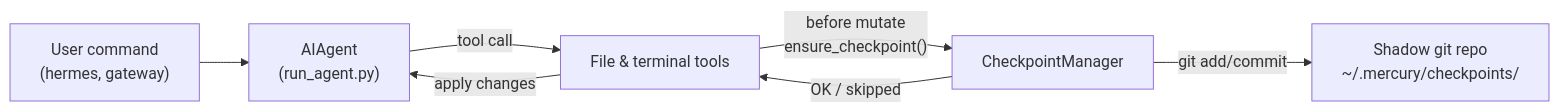
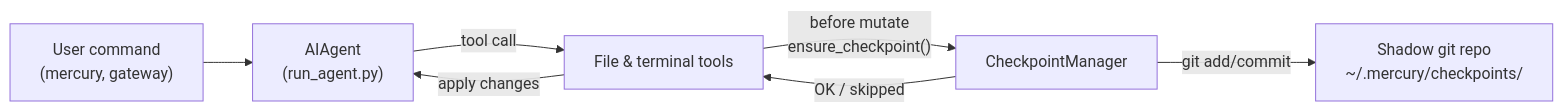
The diagram in website/docs/user-guide/checkpoints-and-rollback.md (AlexiosBluffMara/mercury), drawn with Mermaid before and after one commit. The commit also changed other lines of this file and 1562 other files, not shown here.

````diff
--- a/website/docs/user-guide/checkpoints-and-rollback.md
+++ b/website/docs/user-guide/checkpoints-and-rollback.md
@@ -43,15 +43,15 @@
 ```mermaid
 flowchart LR
-  user["User command\n(hermes, gateway)"]
+  user["User command\n(mercury, gateway)"]
   agent["AIAgent\n(run_agent.py)"]
   tools["File & terminal tools"]
   cpMgr["CheckpointManager"]
   shadowRepo["Shadow git repo\n~/.mercury/checkpoints/<hash>"]
 
   user --> agent
   agent -->|"tool call"| tools
   tools -->|"before mutate\nensure_checkpoint()"| cpMgr
   cpMgr -->|"git add/commit"| shadowRepo
   cpMgr -->|"OK / skipped"| tools
   tools -->|"apply changes"| agent
 ```
````
